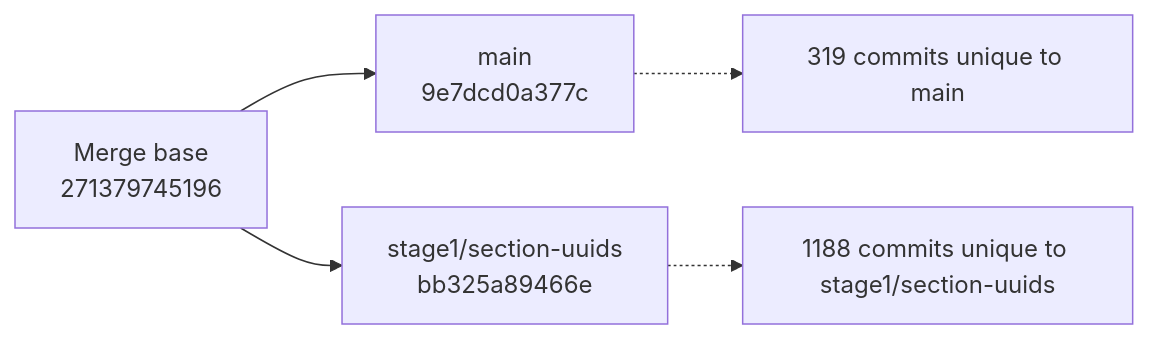
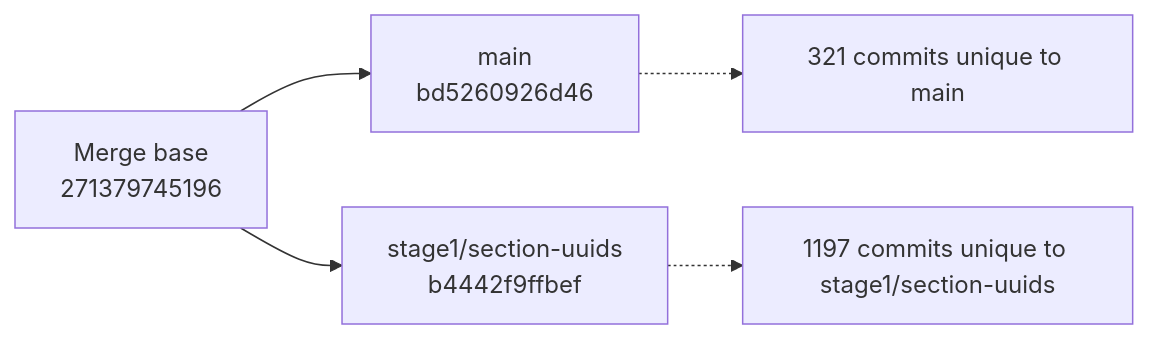
The diagram in branch-graphify-results/latest/git-lineage.mmd (snoopdock/Finite_element_analysis_project), drawn with Mermaid before and after one commit. The commit also changed 10 other files, not shown here.

Commit message:
Update Graphify branch analysis [skip ci]

```diff
--- a/branch-graphify-results/latest/git-lineage.mmd
+++ b/branch-graphify-results/latest/git-lineage.mmd
@@ -1,10 +1,10 @@
 flowchart LR
   MB["Merge base<br/>271379745196"]
-  B["main<br/>9e7dcd0a377c"]
-  C["stage1/section-uuids<br/>bb325a89466e"]
+  B["main<br/>bd5260926d46"]
+  C["stage1/section-uuids<br/>b4442f9ffbef"]
   MB --> B
   MB --> C
-  B_note["319 commits unique to main"]
-  C_note["1188 commits unique to stage1/section-uuids"]
+  B_note["321 commits unique to main"]
+  C_note["1197 commits unique to stage1/section-uuids"]
   B -.-> B_note
   C -.-> C_note
```
